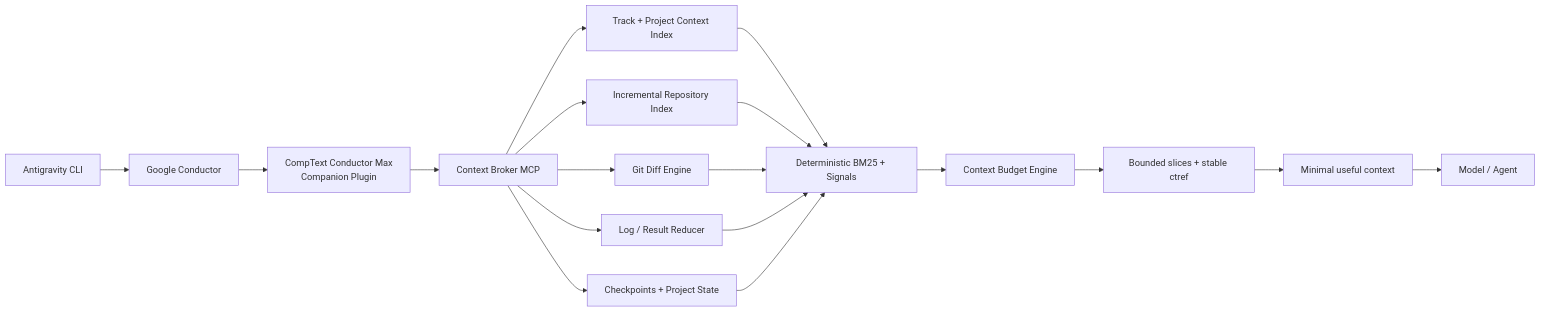
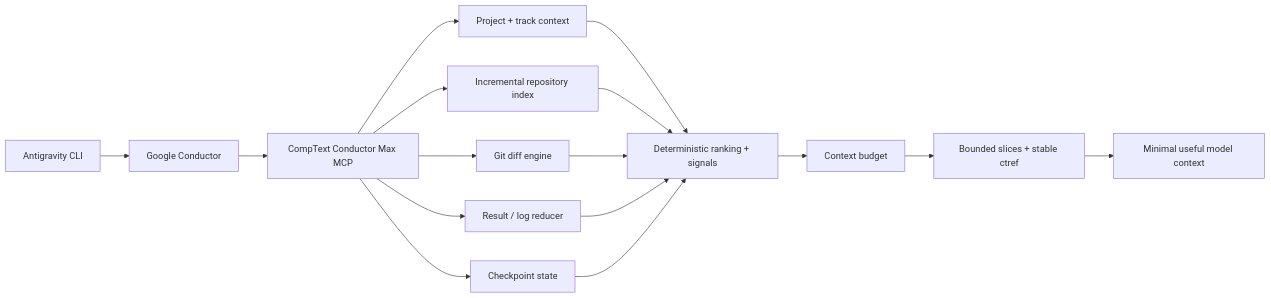
Before and after one commit to ProfRandom92/comptext-conductor-max: the first of 3 diagrams in README.md, drawn with Mermaid. The commit also changed other lines of this file, not shown here.

````diff
--- a/README.md
+++ b/README.md
@@ -43,23 +94,21 @@
 ```mermaid
 flowchart LR
     AG["Antigravity CLI"] --> C["Google Conductor"]
-    C --> P["CompText Conductor Max<br/>Companion Plugin"]
-    P --> MCP["Context Broker MCP"]
+    C --> MCP["CompText Conductor Max MCP"]
 
-    MCP --> TI["Track + Project Context Index"]
-    MCP --> RI["Incremental Repository Index"]
-    MCP --> GI["Git Diff Engine"]
-    MCP --> LR["Log / Result Reducer"]
-    MCP --> CP["Checkpoints + Project State"]
+    MCP --> TRACK["Project + track context"]
+    MCP --> IDX["Incremental repository index"]
+    MCP --> DIFF["Git diff engine"]
+    MCP --> LOG["Result / log reducer"]
+    MCP --> STATE["Checkpoint state"]
 
-    TI --> RET["Deterministic BM25 + Signals"]
-    RI --> RET
-    GI --> RET
-    LR --> RET
-    CP --> RET
+    TRACK --> RANK["Deterministic ranking + signals"]
+    IDX --> RANK
+    DIFF --> RANK
+    LOG --> RANK
+    STATE --> RANK
 
-    RET --> BUD["Context Budget Engine"]
-    BUD --> REF["Bounded slices + stable ctref"]
-    REF --> OUT["Minimal useful context"]
-    OUT --> MODEL["Model / Agent"]
+    RANK --> BUDGET["Context budget"]
+    BUDGET --> REF["Bounded slices + stable ctref"]
+    REF --> MODEL["Minimal useful model context"]
 ```
````
